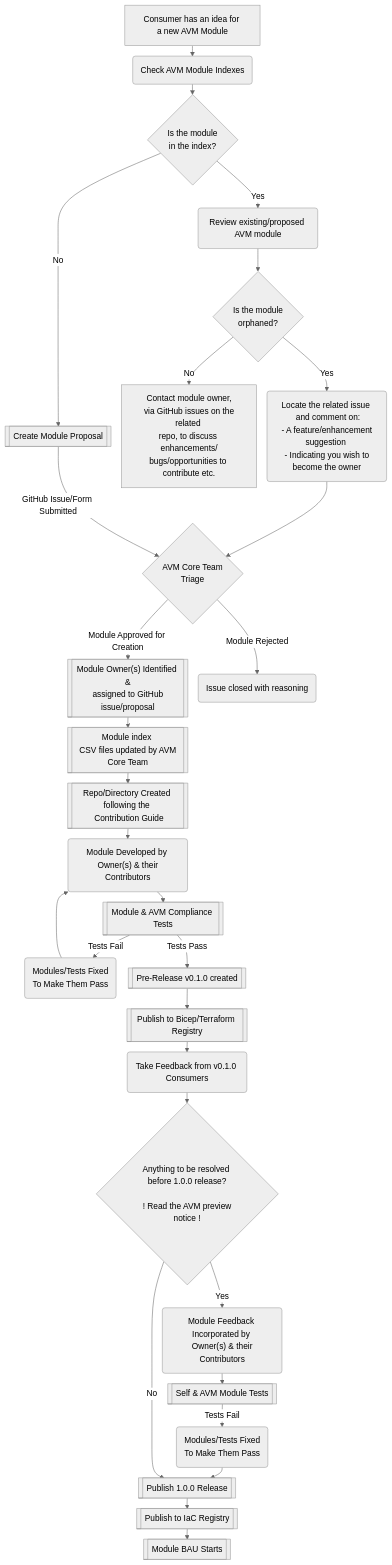
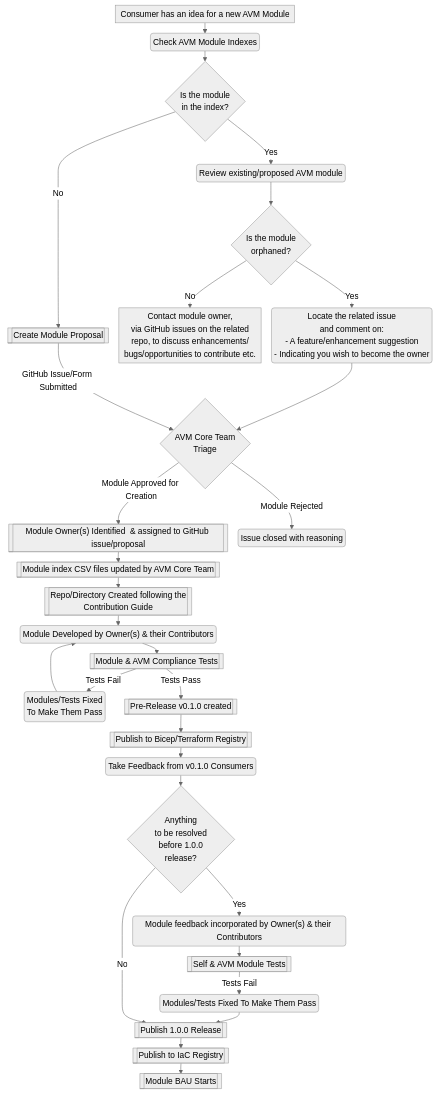
One commit to Azure/AVM-Test changed the diagram in docs/content/contributing/process.md. Above: the diagram before and after it, drawn with Mermaid (neutral theme). The commit also changed other lines of this file and 40 other files, not shown here.

```diff
--- a/docs/content/contributing/process.md
+++ b/docs/content/contributing/process.md
@@ -16,51 +17,52 @@
 {{< mermaid zoom="true">}}
 ---
 config:
   nodeSpacing: 20
   rankSpacing: 20
   diagramPadding: 5
   padding: 5
-  curve: basis
-  markdownAutoWrap: false
-  darkMode: false
+  useWidth: 100
+  flowchart:
+    wrappingWidth: 400
+    padding: 5
 ---
 flowchart TD
     ModuleIdea[Consumer has an idea for a new AVM Module] -->CheckIndex(Check AVM Module Indexes)
-        click CheckIndex "/Azure-Verified-Modules/indexes/"
+        click CheckIndex "{{% siteparam base %}}/indexes/"
     CheckIndex -->IndexExistenceCheck{Is the module<br>in the index?}
     IndexExistenceCheck -->|No|A
     IndexExistenceCheck -->|Yes|EndExistenceCheck(Review existing/proposed AVM module)
     EndExistenceCheck -->OrphanedCheck{ Is the module<br>orphaned? }
-        click OrphanedCheck "/Azure-Verified-Modules/specs/shared/module-lifecycle/#orphaned-avm-modules"
+        click OrphanedCheck "{{% siteparam base %}}/specs/shared/module-lifecycle/#orphaned-avm-modules"
     OrphanedCheck -->|No|ContactOwner[Contact module owner,<br> via GitHub issues on the related <br>repo, to discuss enhancements/<br>bugs/opportunities to contribute etc.]
     OrphanedCheck -->|Yes|OrphanOwnerYes(Locate the related issue <br> and comment on:<br> - A feature/enhancement suggestion <br> - Indicating you wish to become the owner)
-        click OrphanOwnerYes "/Azure-Verified-Modules/specs/shared/module-lifecycle/#orphaned-avm-modules"
+        click OrphanOwnerYes "{{% siteparam base %}}/specs/shared/module-lifecycle/#orphaned-avm-modules"
     OrphanOwnerYes -->B
     A[[ Create Module Proposal ]] -->|GitHub Issue/Form Submitted| B{ AVM Core Team<br>Triage }
         click A "https://aka.ms/avm/moduleproposal"
-        click B "/Azure-Verified-Modules/help-support/issue-triage/avm-issue-triage/#avm-core-team-triage-explained"
-    B -->|Module Approved for Creation| C[["Module Owner(s) Identified  & <br> assigned to GitHub issue/proposal" ]]
+        click B "{{% siteparam base %}}/help-support/issue-triage/avm-issue-triage/#avm-core-team-triage-explained"
+    B -->|Module Approved for Creation| C[["Module Owner(s) Identified  & assigned to GitHub issue/proposal" ]]
     B -->|Module Rejected| D(Issue closed with reasoning)
-    C -->E[[ Module index <br> CSV files updated by AVM Core Team]]
-        click E "/Azure-Verified-Modules/indexes/"
+    C -->E[[ Module index CSV files updated by AVM Core Team]]
+        click E "{{% siteparam base %}}/indexes/"
     E -->E1[[Repo/Directory Created following the <br> Contribution Guide ]]
-        click E1 "/Azure-Verified-Modules/contributing/"
-    E1 -->F("Module Developed by <br> Owner(s) & their Contributors")
+        click E1 "{{% siteparam base %}}/contributing/"
+    E1 -->F("Module Developed by Owner(s) & their Contributors")
     F -->G[[ Module & AVM Compliance Tests ]]
         click G "https://aka.ms/avm/snfr3"
     G -->|Tests Fail|I(Modules/Tests Fixed <br> To Make Them Pass)
     I -->F
     G -->|Tests Pass|J[[Pre-Release v0.1.0 created]]
     J -->K[[Publish to Bicep/Terraform Registry]]
     K -->L(Take Feedback from v0.1.0 Consumers)
-    L -->M{Anything to be resolved <br> before 1.0.0 release? <br> <br> ! Read the AVM preview notice ! }
-        click M "/Azure-Verified-Modules/contributing/process/#avm-preview-notice"
-    M -->|Yes|FixPreV1("Module Feedback Incorporated by <br> Owner(s) & their Contributors")
+    L -->M{Anything<br>to be resolved <br> before 1.0.0<br>release? }
+        click M "{{% siteparam base %}}/contributing/process/#avm-preview-notice"
+    M -->|Yes|FixPreV1("Module feedback incorporated by Owner(s) & their Contributors")
     FixPreV1 -->PreV1Tests[[Self & AVM Module Tests]]
-    PreV1Tests -->|Tests Fail|PreV1TestsFix(Modules/Tests Fixed <br> To Make Them Pass)
+    PreV1Tests -->|Tests Fail|PreV1TestsFix(Modules/Tests Fixed To Make Them Pass)
     PreV1TestsFix -->N
     M -->|No|N[[Publish 1.0.0 Release]]
     N -->O[[Publish to IaC Registry]]
     O -->P[[ Module BAU Starts ]]
-        click P "/Azure-Verified-Modules/help-support/module-support/"
+        click P "{{% siteparam base %}}/help-support/module-support/"
 {{< /mermaid >}}
```
